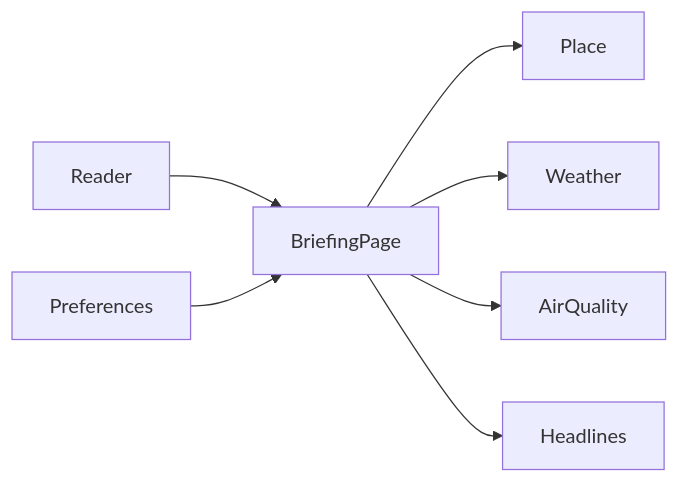
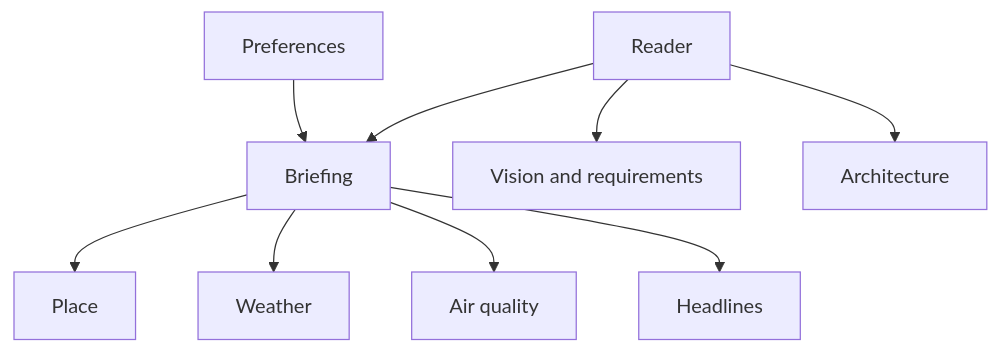
Before and after one commit to jmaret/daily-briefing: the first of 3 diagrams in docs/architecture.md, drawn with Mermaid. The commit also changed other lines of this file and 9 other files, not shown here.

Commit message:
Give the briefing a city-and-weather look, and add pages that explain the product and how it is built.

````diff
--- a/docs/architecture.md
+++ b/docs/architecture.md
@@ -7,16 +7,12 @@
 ```mermaid
-flowchart LR
+flowchart TD
   reader[Reader]
-  briefing[BriefingPage]
-  place[Place]
-  weather[Weather]
-  air[AirQuality]
-  headlines[Headlines]
-  prefs[Preferences]
-  reader --> briefing
-  briefing --> place
-  briefing --> weather
-  briefing --> air
-  briefing --> headlines
-  prefs --> briefing
+  reader --> briefing[Briefing]
+  reader --> vision[Vision and requirements]
+  reader --> architecture[Architecture]
+  briefing --> place[Place]
+  briefing --> weather[Weather]
+  briefing --> air[Air quality]
+  briefing --> headlines[Headlines]
+  prefs[Preferences] --> briefing
 ```
````
